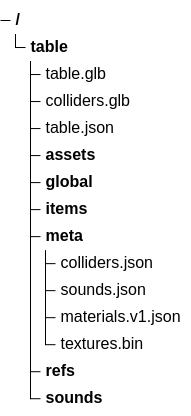
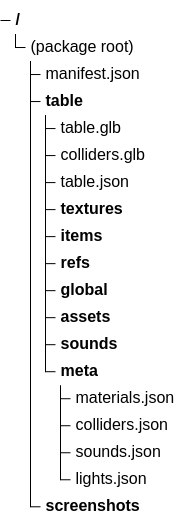
The diagram in VisualPinball.Unity/Documentation~/developer-guide/packaging/index.md (freezy/VisualPinball.Engine), drawn with Mermaid before and after one commit. The commit also changed other lines of this file and 5 other files, not shown here.

````diff
--- a/VisualPinball.Unity/Documentation~/developer-guide/packaging/index.md
+++ b/VisualPinball.Unity/Documentation~/developer-guide/packaging/index.md
@@ -22,17 +22,21 @@
 ```mermaid
 treeView-beta
-    "table/"
-        "table.glb"
-        "colliders.glb"
-        "table.json"
-        "assets/"
-        "global/"
-        "items/"
-        "meta/"
-            "colliders.json"
-            "sounds.json"
-            "materials.v1.json"
-            "textures.bin"
-        "refs/"
-        "sounds/"
+    "(package root)"
+        "manifest.json"
+        "table/"
+            "table.glb"
+            "colliders.glb"
+            "table.json"
+            "textures/"
+            "items/"
+            "refs/"
+            "global/"
+            "assets/"
+            "sounds/"
+            "meta/"
+                "materials.json"
+                "colliders.json"
+                "sounds.json"
+                "lights.json"
+        "screenshots/"
 ```
````
